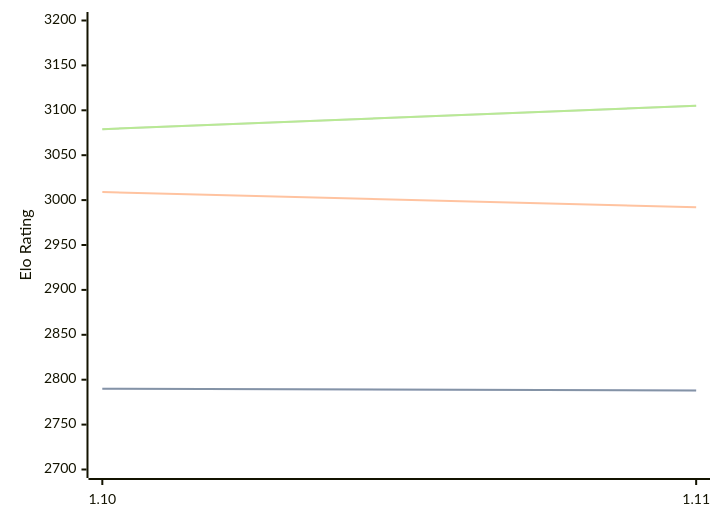
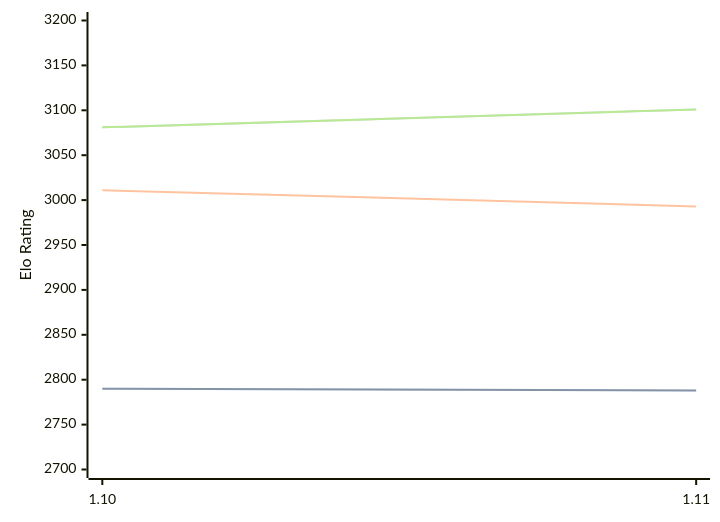
The diagram in engines/Roc.md (computer-chess-index/cci), drawn with Mermaid before and after one commit. The commit also changed other lines of this file, not shown here.

Commit message:
Update CCI Ratings (ELO VLTC) - 2026-05-17

````diff
--- a/engines/Roc.md
+++ b/engines/Roc.md
@@ -65,11 +65,11 @@
 ```mermaid
 %%{init: {"theme":"base","themeVariables":{"seriesColors:['#a3a3a3','#222221','#faa371']}}}%%
 xychart-beta
   x-axis ["1.10", "1.11"]
   y-axis "Elo Rating" 2700 --> 3200
   line "STC (8.0+0.08s)" [2790, 2788]
   line "STC (8.0+0.08s)" [2790, 2788]
-  line "LTC (60.0+0.60s)" [3009, 2992]
-  line "VLTC (2m24s+1.12s)" [3079, 3105]
-  line "VLTC (2m24s+1.12s)" [3079, 3105]
+  line "LTC (60.0+0.60s)" [3011, 2993]
+  line "VLTC (2m24s+1.12s)" [3081, 3101]
+  line "VLTC (2m24s+1.12s)" [3081, 3101]
 ```
````
